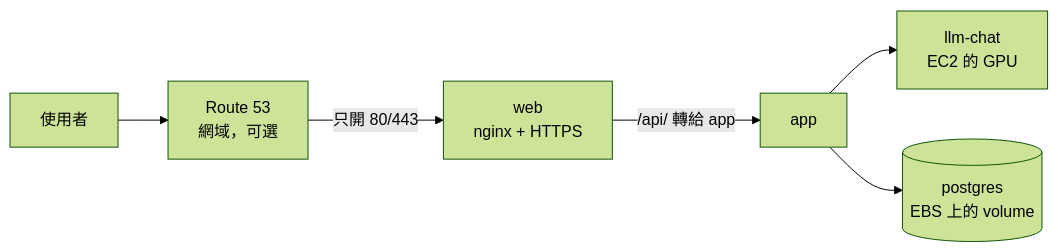
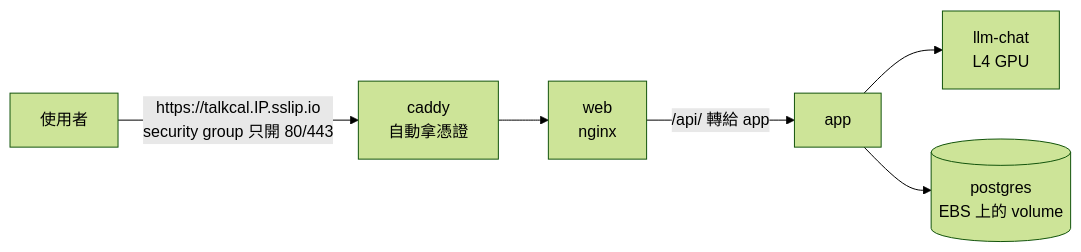
One commit to Anderson-chen/talkcal changed the first of 2 diagrams in infra/envs/1-ec2/README.md. Above: the diagram before and after it, drawn with Mermaid (forest theme). The commit also changed other lines of this file and 25 other files, not shown here.

````diff
--- a/infra/envs/1-ec2/README.md
+++ b/infra/envs/1-ec2/README.md
@@ -9,8 +10,8 @@
 ```mermaid
 flowchart LR
-    user["使用者"] --> r53["Route 53<br/>網域，可選"]
-    r53 -->|"只開 80/443"| web["web<br/>nginx + HTTPS"]
+    user["使用者"] -->|"https://talkcal.IP.sslip.io<br/>security group 只開 80/443"| caddy["caddy<br/>自動拿憑證"]
+    caddy --> web["web<br/>nginx"]
     web -->|"/api/ 轉給 app"| app["app"]
-    app --> llm["llm-chat<br/>EC2 的 GPU"]
+    app --> llm["llm-chat<br/>L4 GPU"]
     app --> pg[("postgres<br/>EBS 上的 volume")]
 ```
````
